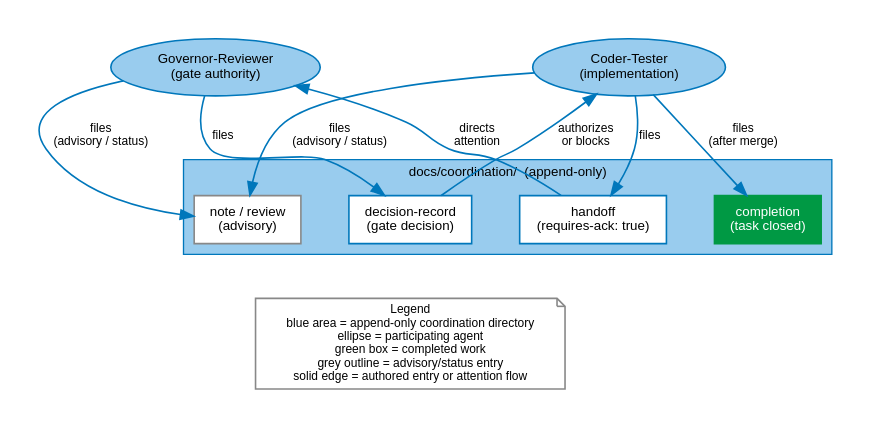
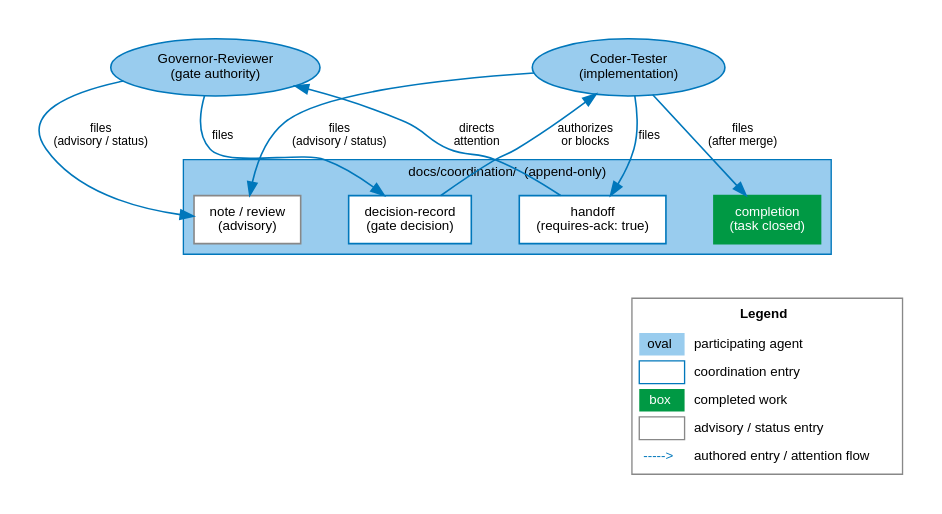
The diagram in agf/docs/figures/src/coordination-channel.dot (janipaijanen/agf-mirror), drawn with Graphviz before and after one commit. The commit also changed 21 other files, not shown here.

Commit message:
docs: use visual keys for figure legends

```diff
--- a/agf/docs/figures/src/coordination-channel.dot
+++ b/agf/docs/figures/src/coordination-channel.dot
@@ -1,43 +1,51 @@
 // SPDX-License-Identifier: CC-BY-SA-4.0
 // agents-govern: coordination channel and handoff resolution
 // Generate: dot -Tsvg coordination-channel.dot -o ../coordination-channel.svg
 digraph coord_channel {
     graph [rankdir=TB, splines=spline, pad=0.3, nodesep=0.5, ranksep=0.55,
            fontname="Helvetica", fontsize=11]
     node  [fontname="Helvetica", fontsize=10, style=filled, shape=box,
            fillcolor=white, color="#0077BB", penwidth=1.2]
     edge  [fontname="Helvetica", fontsize=9, color="#0077BB", penwidth=1.2]
 
     subgraph cluster_channel {
         label="docs/coordination/  (append-only)"
         style=filled
         fillcolor="#99CCEE"
         color="#0077BB"
         fontname="Helvetica"
         fontsize=10
 
         handoff   [label="handoff\n(requires-ack: true)", fillcolor=white]
         decision  [label="decision-record\n(gate decision)", fillcolor=white]
         completion [label="completion\n(task closed)", fillcolor="#009944",
                    fontcolor=white, color="#009944"]
         note      [label="note / review\n(advisory)", fillcolor=white,
                    color="#888888"]
     }
 
     agent_a  [label="Coder-Tester\n(implementation)", shape=ellipse,
               fillcolor="#99CCEE"]
     agent_b  [label="Governor-Reviewer\n(gate authority)", shape=ellipse,
               fillcolor="#99CCEE"]
 
     agent_a  -> handoff   [label="files"]
     handoff  -> agent_b   [label="directs\nattention"]
     agent_b  -> decision  [label="files"]
     decision -> agent_a   [label="authorizes\nor blocks"]
     agent_a  -> completion [label="files\n(after merge)"]
     agent_a  -> note      [label="files\n(advisory / status)"]
     agent_b  -> note      [label="files\n(advisory / status)"]
 
-    legend [label="Legend\nblue area = append-only coordination directory\nellipse = participating agent\ngreen box = completed work\ngrey outline = advisory/status entry\nsolid edge = authored entry or attention flow",
-            shape=note, fillcolor=white, color="#888888", fontsize=9]
-    decision -> legend [style=invis]
+    legend [shape=plain, label=<
+        <TABLE BORDER="1" CELLBORDER="0" CELLSPACING="4" CELLPADDING="3" COLOR="#888888" BGCOLOR="white">
+            <TR><TD COLSPAN="2"><B>Legend</B></TD></TR>
+            <TR><TD BGCOLOR="#99CCEE" WIDTH="28">oval</TD><TD ALIGN="LEFT">participating agent</TD></TR>
+            <TR><TD BORDER="1" COLOR="#0077BB" WIDTH="28"></TD><TD ALIGN="LEFT">coordination entry</TD></TR>
+            <TR><TD BGCOLOR="#009944" WIDTH="28"><FONT COLOR="white">box</FONT></TD><TD ALIGN="LEFT">completed work</TD></TR>
+            <TR><TD BORDER="1" COLOR="#888888" WIDTH="28"></TD><TD ALIGN="LEFT">advisory / status entry</TD></TR>
+            <TR><TD><FONT COLOR="#0077BB">-----&gt;</FONT></TD><TD ALIGN="LEFT">authored entry / attention flow</TD></TR>
+        </TABLE>
+    >]
+    completion -> legend [style=invis]
 }
```
